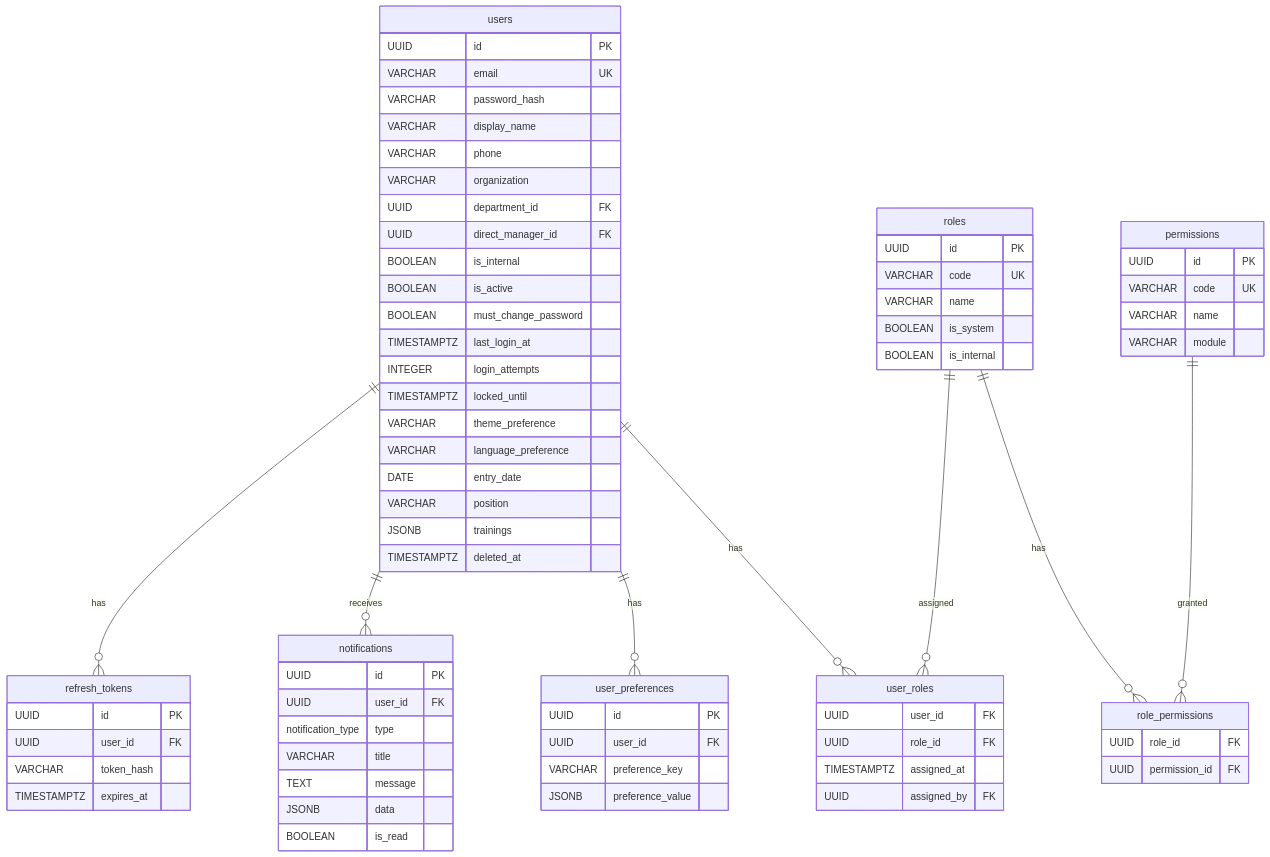
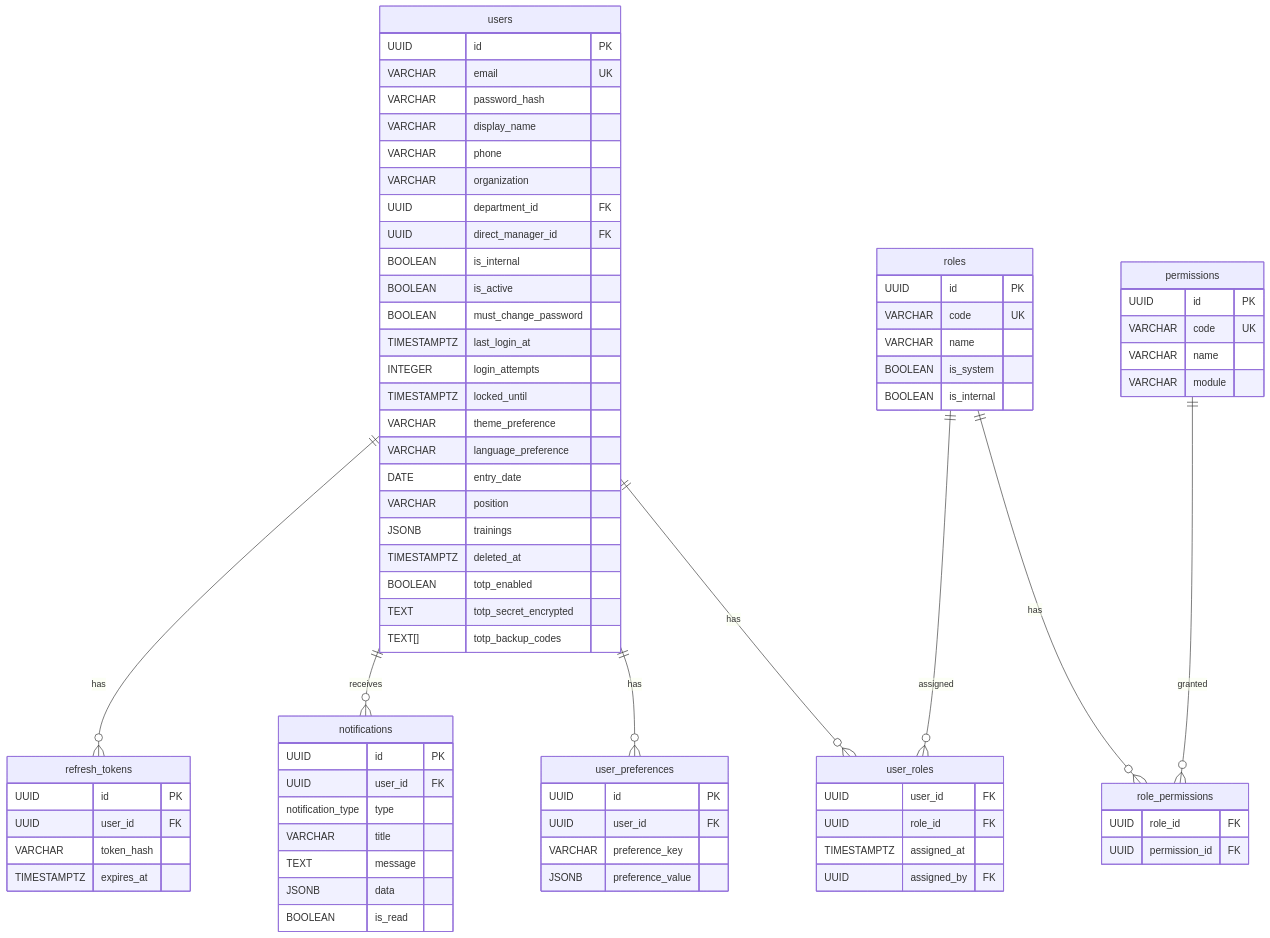
One commit to delightening/ipig_system changed the second of 12 diagrams in docs/Profiling_Spec/database_erd.md. Above: the diagram before and after it, drawn with Mermaid. The commit also changed other lines of this file and 25 other files, not shown here.

```diff
--- a/docs/Profiling_Spec/database_erd.md
+++ b/docs/Profiling_Spec/database_erd.md
@@ -89,6 +90,9 @@
         VARCHAR position
         JSONB trainings
         TIMESTAMPTZ deleted_at
+        BOOLEAN totp_enabled
+        TEXT totp_secret_encrypted
+        TEXT[] totp_backup_codes
     }
 
     roles {
```
